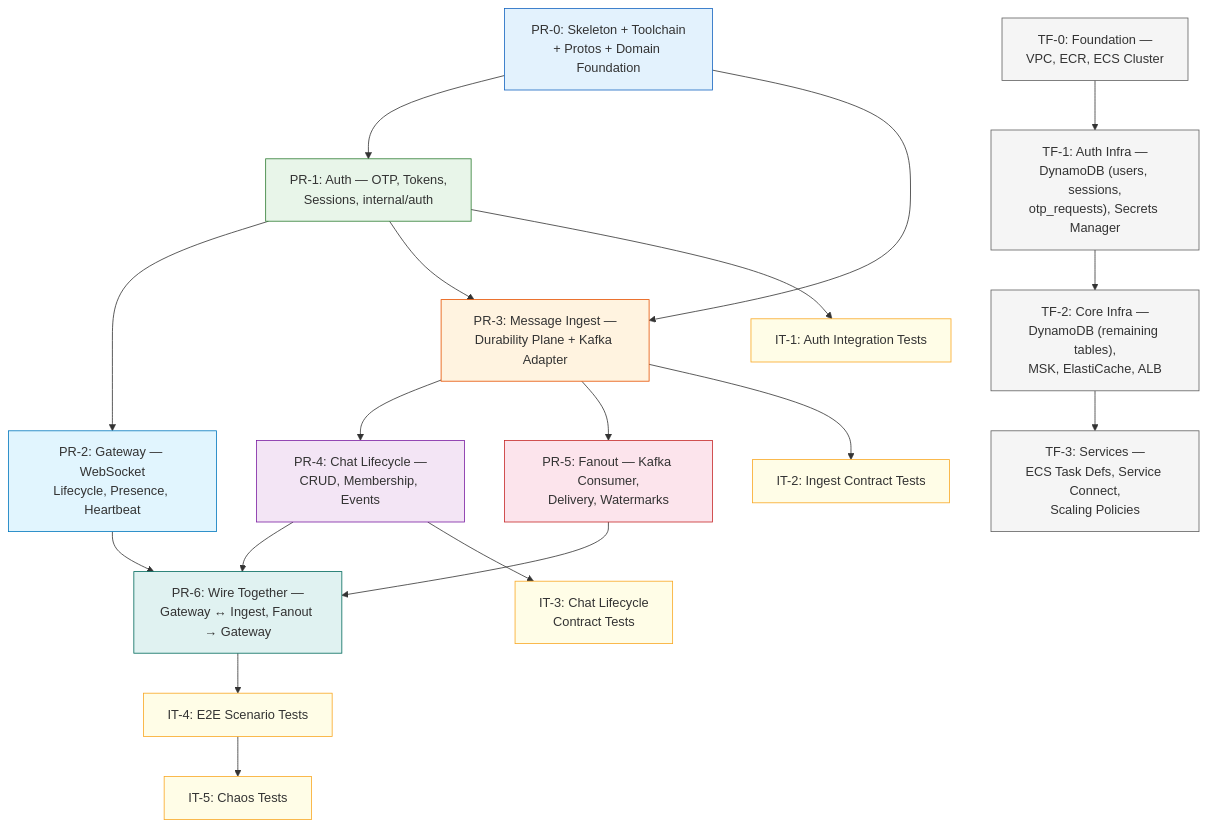
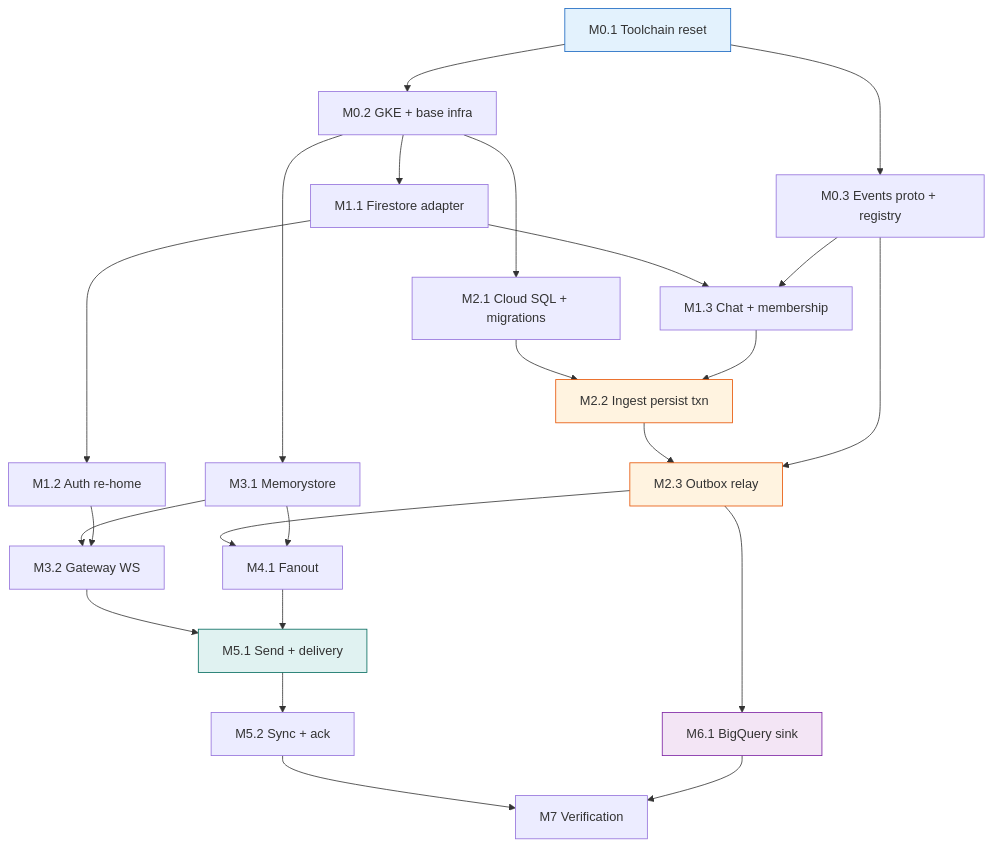
The diagram in docs/EXECUTION_PLAN.md (ae-lexs/realtime-messaging-platform), drawn with Mermaid before and after one commit. The commit also changed other lines of this file and 19 other files, not shown here.

````diff
--- a/docs/EXECUTION_PLAN.md
+++ b/docs/EXECUTION_PLAN.md
@@ -37,64 +168,30 @@
 ```mermaid
 flowchart TD
-    PR0["PR-0: Skeleton + Toolchain<br/>+ Protos + Domain Foundation"]
-
-    PR1["PR-1: Auth — OTP, Tokens,<br/>Sessions, internal/auth"]
-
-    PR2["PR-2: Gateway — WebSocket<br/>Lifecycle, Presence, Heartbeat"]
-
-    PR3["PR-3: Message Ingest —<br/>Durability Plane + Kafka Adapter"]
-
-    PR4["PR-4: Chat Lifecycle —<br/>CRUD, Membership, Events"]
-
-    PR5["PR-5: Fanout — Kafka Consumer,<br/>Delivery, Watermarks"]
-
-    PR6["PR-6: Wire Together —<br/>Gateway ↔ Ingest, Fanout → Gateway"]
-
-    PR0 --> PR1
-    PR1 --> PR2
-    PR1 --> PR3
-    PR0 --> PR3
-    PR3 --> PR4
-    PR2 --> PR6
-    PR4 --> PR6
-    PR5 --> PR6
-    PR3 --> PR5
-
-    TF0["TF-0: Foundation —<br/>VPC, ECR, ECS Cluster"]
-    TF1["TF-1: Auth Infra —<br/>DynamoDB (users, sessions,<br/>otp_requests), Secrets Manager"]
-    TF2["TF-2: Core Infra —<br/>DynamoDB (remaining tables),<br/>MSK, ElastiCache, ALB"]
-    TF3["TF-3: Services —<br/>ECS Task Defs, Service Connect,<br/>Scaling Policies"]
-
-    TF0 --> TF1
-    TF1 --> TF2
-    TF2 --> TF3
-
-    IT1["IT-1: Auth Integration Tests"]
-    IT2["IT-2: Ingest Contract Tests"]
-    IT3["IT-3: Chat Lifecycle<br/>Contract Tests"]
-    IT4["IT-4: E2E Scenario Tests"]
-    IT5["IT-5: Chaos Tests"]
-
-    PR1 --> IT1
-    PR3 --> IT2
-    PR4 --> IT3
-    PR6 --> IT4
-    IT4 --> IT5
-
-    style PR0 fill:#e3f2fd,stroke:#1565c0
-    style PR1 fill:#e8f5e9,stroke:#2e7d32
-    style PR2 fill:#e1f5fe,stroke:#0277bd
-    style PR3 fill:#fff3e0,stroke:#e65100
-    style PR4 fill:#f3e5f5,stroke:#7b1fa2
-    style PR5 fill:#fce4ec,stroke:#c62828
-    style PR6 fill:#e0f2f1,stroke:#00695c
-    style TF0 fill:#f5f5f5,stroke:#616161
-    style TF1 fill:#f5f5f5,stroke:#616161
-    style TF2 fill:#f5f5f5,stroke:#616161
-    style TF3 fill:#f5f5f5,stroke:#616161
-    style IT1 fill:#fffde7,stroke:#f9a825
-    style IT2 fill:#fffde7,stroke:#f9a825
-    style IT3 fill:#fffde7,stroke:#f9a825
-    style IT4 fill:#fffde7,stroke:#f9a825
-    style IT5 fill:#fffde7,stroke:#f9a825
+    M01["M0.1 Toolchain reset"] --> M02["M0.2 GKE + base infra"]
+    M01 --> M03["M0.3 Events proto + registry"]
+    M02 --> M11["M1.1 Firestore adapter"]
+    M11 --> M12["M1.2 Auth re-home"]
+    M11 --> M13["M1.3 Chat + membership"]
+    M03 --> M13
+    M02 --> M21["M2.1 Cloud SQL + migrations"]
+    M21 --> M22["M2.2 Ingest persist txn"]
+    M13 --> M22
+    M22 --> M23["M2.3 Outbox relay"]
+    M03 --> M23
+    M02 --> M31["M3.1 Memorystore"]
+    M31 --> M32["M3.2 Gateway WS"]
+    M12 --> M32
+    M23 --> M41["M4.1 Fanout"]
+    M31 --> M41
+    M32 --> M51["M5.1 Send + delivery"]
+    M41 --> M51
+    M51 --> M52["M5.2 Sync + ack"]
+    M23 --> M61["M6.1 BigQuery sink"]
+    M52 --> M7["M7 Verification"]
+    M61 --> M7
+    style M01 fill:#e3f2fd,stroke:#1565c0
+    style M22 fill:#fff3e0,stroke:#e65100
+    style M23 fill:#fff3e0,stroke:#e65100
+    style M51 fill:#e0f2f1,stroke:#00695c
+    style M61 fill:#f3e5f5,stroke:#7b1fa2
 ```
````
